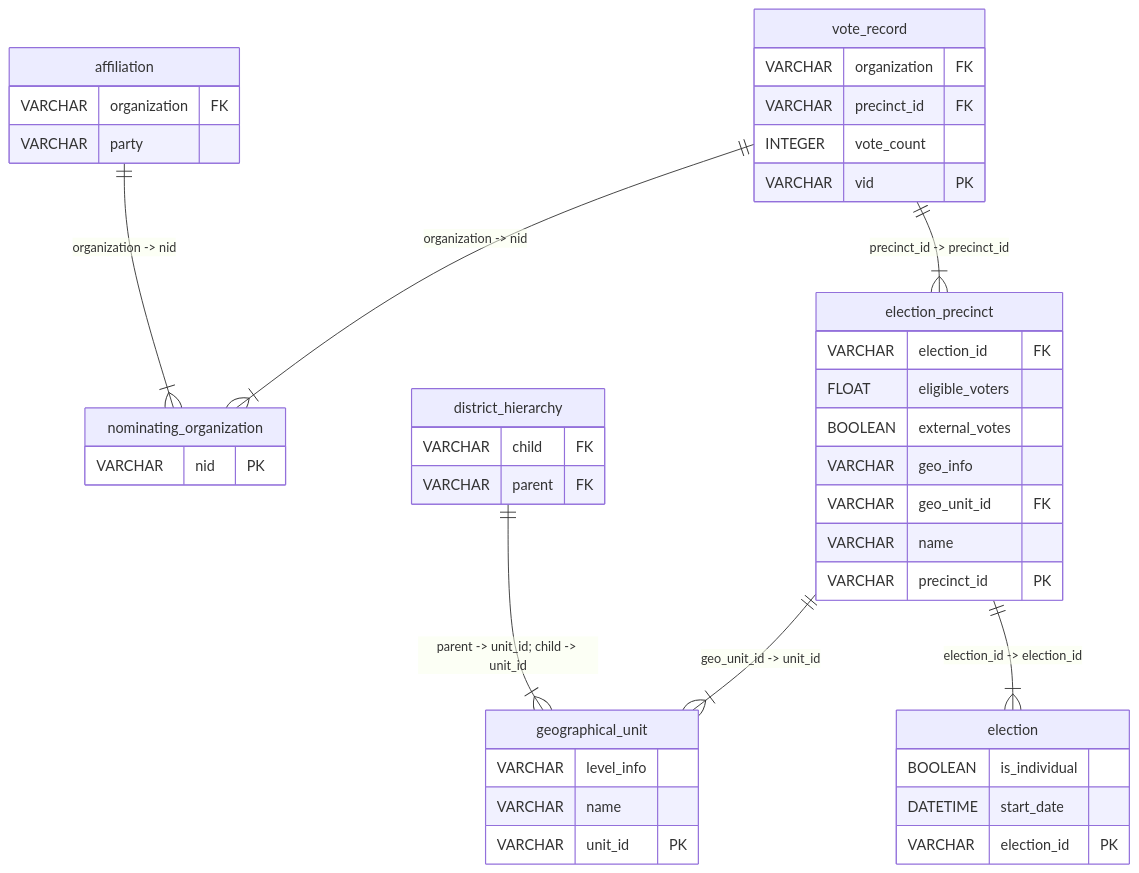
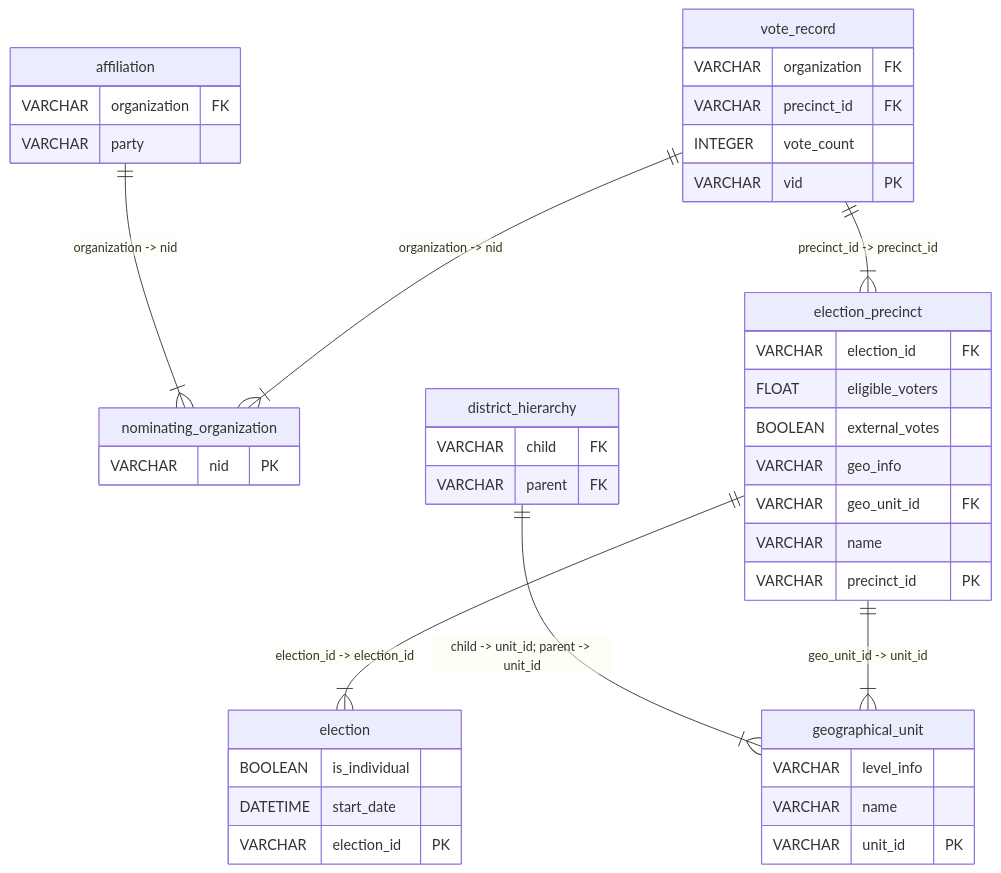
One commit to sscu-budapest/explorer changed the diagram in _sources/dataset-pages/hungarian_elections.md. Above: the diagram before and after it, drawn with Mermaid. The commit also changed 20 other files, not shown here.

````diff
--- a/_sources/dataset-pages/hungarian_elections.md
+++ b/_sources/dataset-pages/hungarian_elections.md
@@ -22,45 +22,45 @@
 ```{mermaid}
 erDiagram
   affiliation {    
     VARCHAR organization FK     
     VARCHAR party  
   }
   nominating_organization {    
     VARCHAR nid PK 
   }
   district_hierarchy {    
     VARCHAR child FK     
     VARCHAR parent FK 
   }
   geographical_unit {    
     VARCHAR level_info      
     VARCHAR name      
     VARCHAR unit_id PK 
   }
   election {    
     BOOLEAN is_individual      
     DATETIME start_date      
     VARCHAR election_id PK 
   }
   election_precinct {    
     VARCHAR election_id FK     
     FLOAT eligible_voters      
     BOOLEAN external_votes      
     VARCHAR geo_info      
     VARCHAR geo_unit_id FK     
     VARCHAR name      
     VARCHAR precinct_id PK 
   }
   vote_record {    
     VARCHAR organization FK     
     VARCHAR precinct_id FK     
     INTEGER vote_count      
     VARCHAR vid PK 
   }
   affiliation ||--|{ nominating_organization : "organization -> nid"
-  district_hierarchy ||--|{ geographical_unit : "parent -> unit_id; child -> unit_id"
+  district_hierarchy ||--|{ geographical_unit : "child -> unit_id; parent -> unit_id"
+  election_precinct ||--|{ election : "election_id -> election_id"
   election_precinct ||--|{ geographical_unit : "geo_unit_id -> unit_id"
-  election_precinct ||--|{ election : "election_id -> election_id"
   vote_record ||--|{ nominating_organization : "organization -> nid"
   vote_record ||--|{ election_precinct : "precinct_id -> precinct_id"
 ```
````
